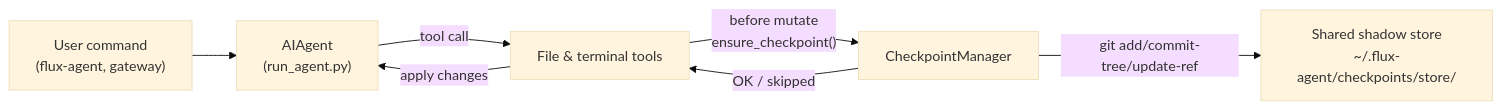
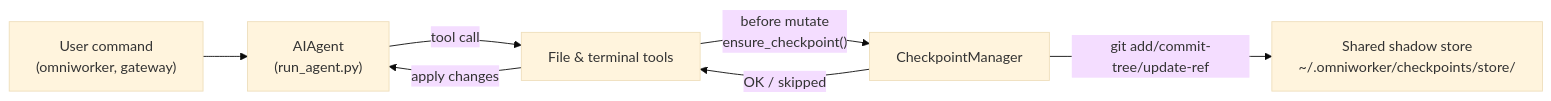
One commit to NLSARCOS/omniworker-b2b changed the diagram in omniworker-agent/website/docs/user-guide/checkpoints-and-rollback.md. Above: the diagram before and after it, drawn with Mermaid (base theme). The commit also changed other lines of this file and 1789 other files, not shown here.

First line of the commit message:
fix(brand): reparar rebrand roto OmniWorker→Flux Agent en identificadores Python

````diff
--- a/omniworker-agent/website/docs/user-guide/checkpoints-and-rollback.md
+++ b/omniworker-agent/website/docs/user-guide/checkpoints-and-rollback.md
@@ -69,15 +69,15 @@
 ```mermaid
 flowchart LR
-  user["User command\n(flux-agent, gateway)"]
+  user["User command\n(omniworker, gateway)"]
   agent["AIAgent\n(run_agent.py)"]
   tools["File & terminal tools"]
   cpMgr["CheckpointManager"]
-  store["Shared shadow store\n~/.flux-agent/checkpoints/store/"]
+  store["Shared shadow store\n~/.omniworker/checkpoints/store/"]
 
   user --> agent
   agent -->|"tool call"| tools
   tools -->|"before mutate\nensure_checkpoint()"| cpMgr
   cpMgr -->|"git add/commit-tree/update-ref"| store
   cpMgr -->|"OK / skipped"| tools
   tools -->|"apply changes"| agent
 ```
````
